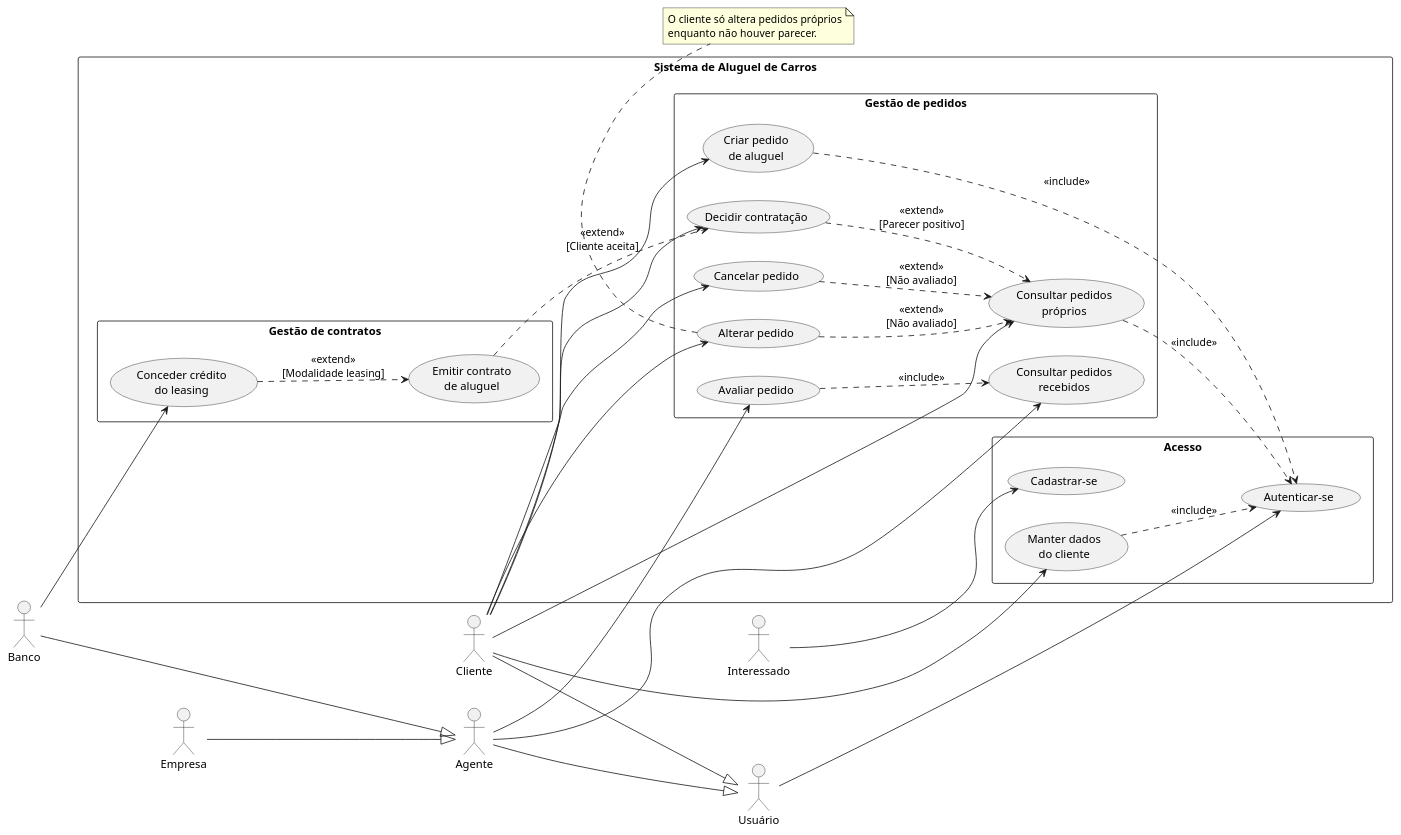
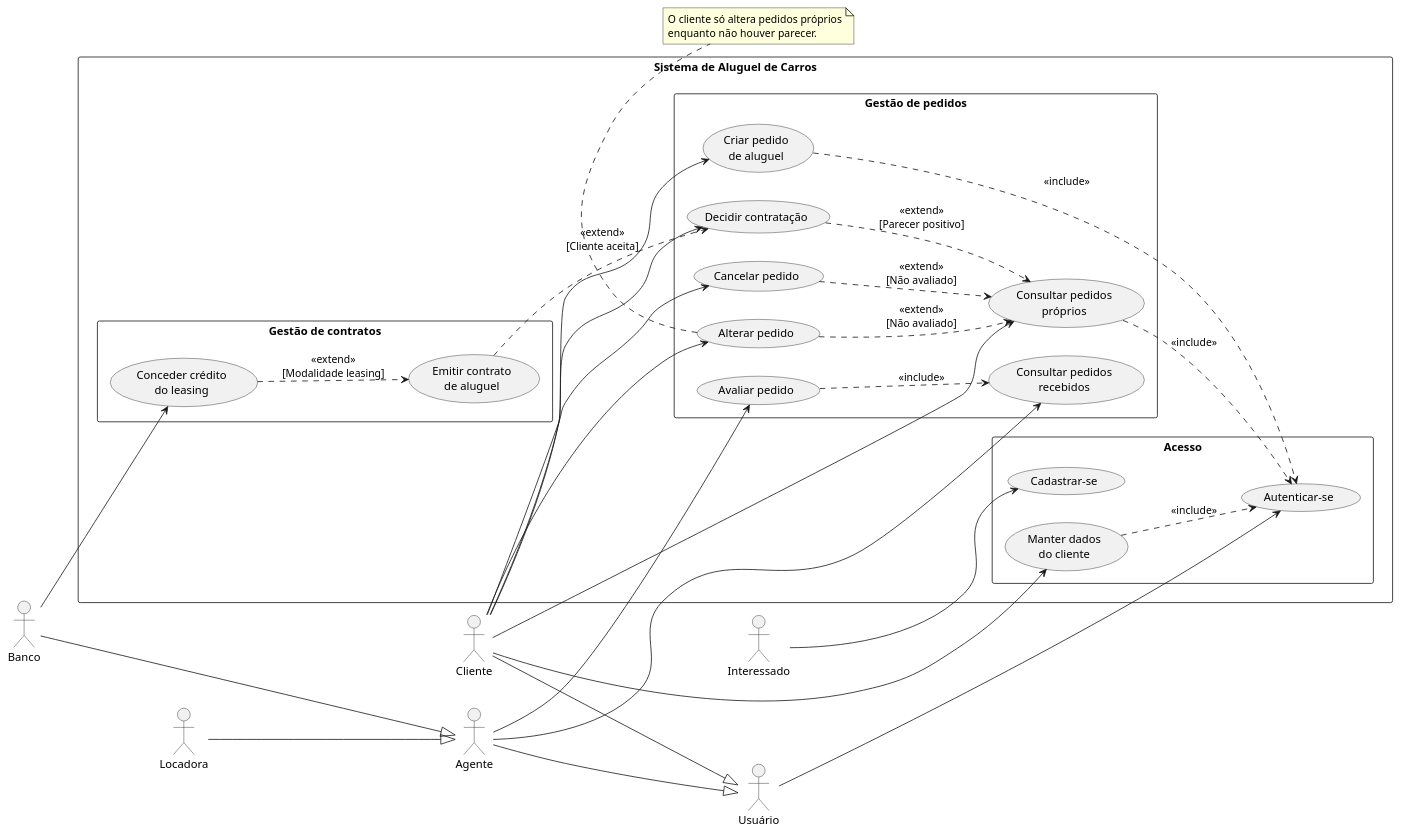
One commit to lucasnmc12/lab02-aluguel-carros changed the diagram in docs/diagramas/casos-de-uso.puml. Above: the diagram before and after it, drawn with PlantUML. The commit also changed other lines of this file and 9 other files, not shown here.

```diff
--- a/docs/diagramas/casos-de-uso.puml
+++ b/docs/diagramas/casos-de-uso.puml
@@ -1,67 +1,67 @@
 @startuml casos_de_uso_aluguel
 left to right direction
 skinparam shadowing false
 skinparam packageStyle rectangle
 
 actor "Interessado" as Interessado
 actor "Usuário" as Usuario
 actor "Cliente" as Cliente
 actor "Agente" as Agente
-actor "Empresa" as Empresa
+actor "Locadora" as Locadora
 actor "Banco" as Banco
 
 Cliente --|> Usuario
 Agente --|> Usuario
-Empresa --|> Agente
+Locadora --|> Agente
 Banco --|> Agente
 
 rectangle "Sistema de Aluguel de Carros" {
   package "Acesso" {
     usecase "Cadastrar-se" as UC01
     usecase "Autenticar-se" as UC02
     usecase "Manter dados\ndo cliente" as UC03
   }
 
   package "Gestão de pedidos" {
     usecase "Criar pedido\nde aluguel" as UC04
     usecase "Consultar pedidos\npróprios" as UC05
     usecase "Alterar pedido" as UC06
     usecase "Cancelar pedido" as UC07
     usecase "Consultar pedidos\nrecebidos" as UC08
     usecase "Avaliar pedido" as UC09
     usecase "Decidir contratação" as UC10
   }
 
   package "Gestão de contratos" {
     usecase "Emitir contrato\nde aluguel" as UC11
     usecase "Conceder crédito\ndo leasing" as UC12
   }
 }
 
 Interessado --> UC01
 Usuario --> UC02
 Cliente --> UC03
 Cliente --> UC04
 Cliente --> UC05
 Cliente --> UC06
 Cliente --> UC07
 Cliente --> UC10
 Agente --> UC08
 Agente --> UC09
 Banco --> UC12
 
 UC03 ..> UC02 : <<include>>
 UC04 ..> UC02 : <<include>>
 UC05 ..> UC02 : <<include>>
 UC06 ..> UC05 : <<extend>>\n[Não avaliado]
 UC07 ..> UC05 : <<extend>>\n[Não avaliado]
 UC09 ..> UC08 : <<include>>
 UC10 ..> UC05 : <<extend>>\n[Parecer positivo]
 UC11 ..> UC10 : <<extend>>\n[Cliente aceita]
 UC12 ..> UC11 : <<extend>>\n[Modalidade leasing]
 
 note bottom of UC06
   O cliente só altera pedidos próprios
   enquanto não houver parecer.
 end note
 @enduml
```
